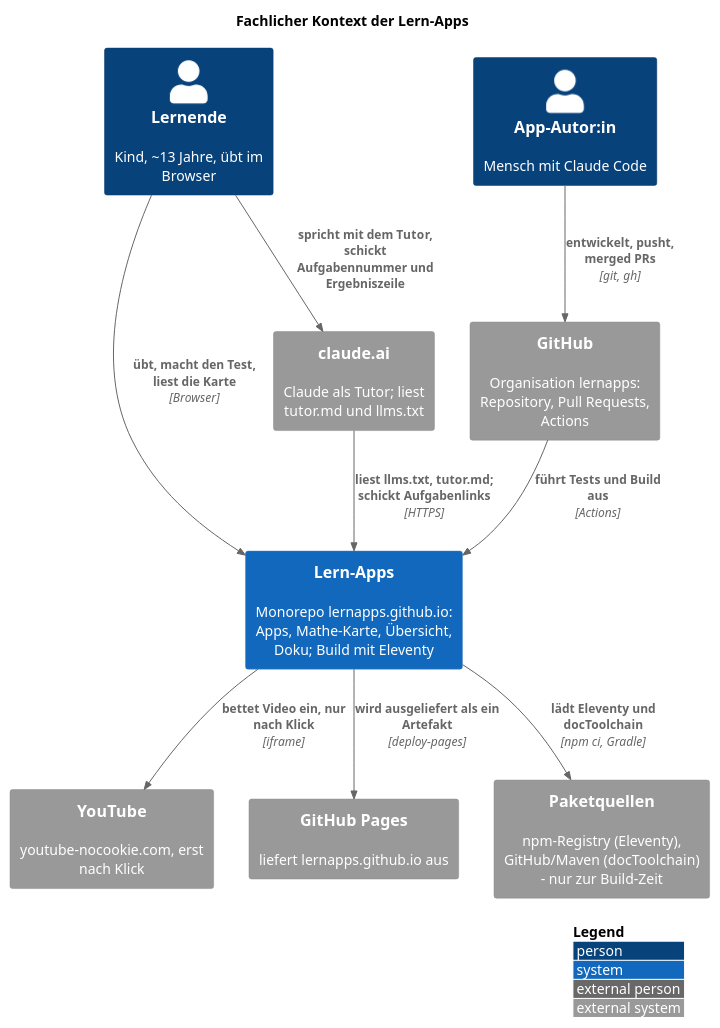
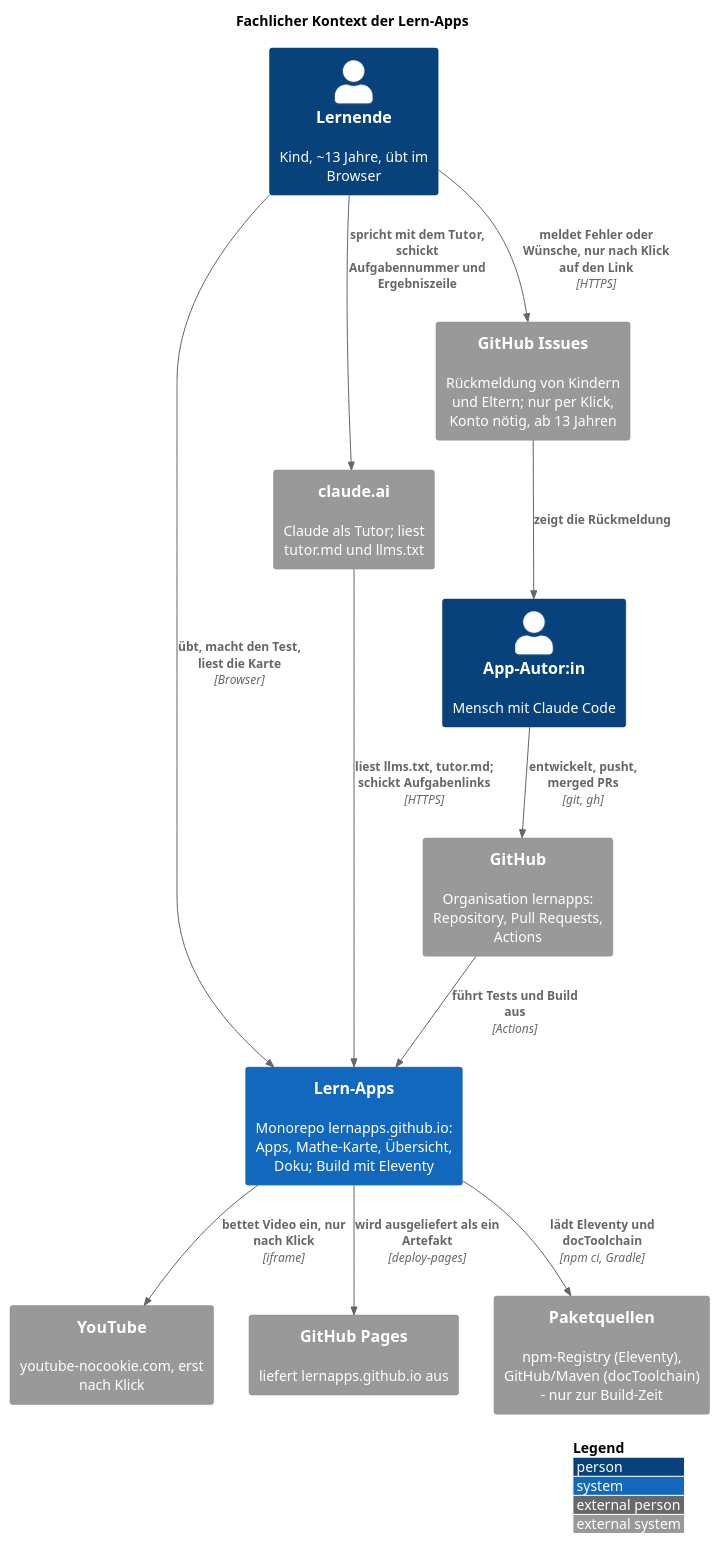
Before and after one commit to lernapps/lernapps.github.io: the diagram in src/docs/arc42/chapters/03_context_and_scope.adoc, drawn with PlantUML. The commit also changed other lines of this file and 6 other files, not shown here.

```diff
--- a/src/docs/arc42/chapters/03_context_and_scope.adoc
+++ b/src/docs/arc42/chapters/03_context_and_scope.adoc
@@ -24,28 +24,31 @@
 [plantuml, target=kontext-fachlich, format=svg]
 ....
 @startuml
 !include <C4/C4_Context>
 LAYOUT_WITH_LEGEND()
 title Fachlicher Kontext der Lern-Apps
 
 Person(kind, "Lernende", "Kind, ~13 Jahre, übt im Browser")
 Person(autor, "App-Autor:in", "Mensch mit Claude Code")
 
 System(lernapps, "Lern-Apps", "Monorepo lernapps.github.io: Apps, Mathe-Karte, Übersicht, Doku; Build mit Eleventy")
 
 System_Ext(claude, "claude.ai", "Claude als Tutor; liest tutor.md und llms.txt")
 System_Ext(youtube, "YouTube", "youtube-nocookie.com, erst nach Klick")
 System_Ext(github, "GitHub", "Organisation lernapps: Repository, Pull Requests, Actions")
+System_Ext(issues, "GitHub Issues", "Rückmeldung von Kindern und Eltern; nur per Klick, Konto nötig, ab 13 Jahren")
 System_Ext(pages, "GitHub Pages", "liefert lernapps.github.io aus")
 System_Ext(pakete, "Paketquellen", "npm-Registry (Eleventy), GitHub/Maven (docToolchain) – nur zur Build-Zeit")
 
 Rel(kind, lernapps, "übt, macht den Test, liest die Karte", "Browser")
 Rel(kind, claude, "spricht mit dem Tutor, schickt Aufgabennummer und Ergebniszeile")
 Rel(claude, lernapps, "liest llms.txt, tutor.md; schickt Aufgabenlinks", "HTTPS")
 Rel(lernapps, youtube, "bettet Video ein, nur nach Klick", "iframe")
+Rel(kind, issues, "meldet Fehler oder Wünsche, nur nach Klick auf den Link", "HTTPS")
+Rel(issues, autor, "zeigt die Rückmeldung")
 Rel(autor, github, "entwickelt, pusht, merged PRs", "git, gh")
 Rel(github, lernapps, "führt Tests und Build aus", "Actions")
 Rel(lernapps, pakete, "lädt Eleventy und docToolchain", "npm ci, Gradle")
 Rel(lernapps, pages, "wird ausgeliefert als ein Artefakt", "deploy-pages")
 @enduml
 ....
```
